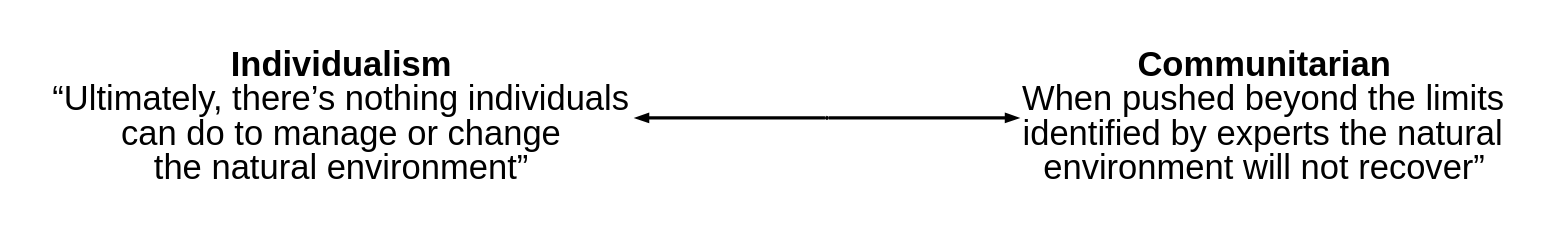
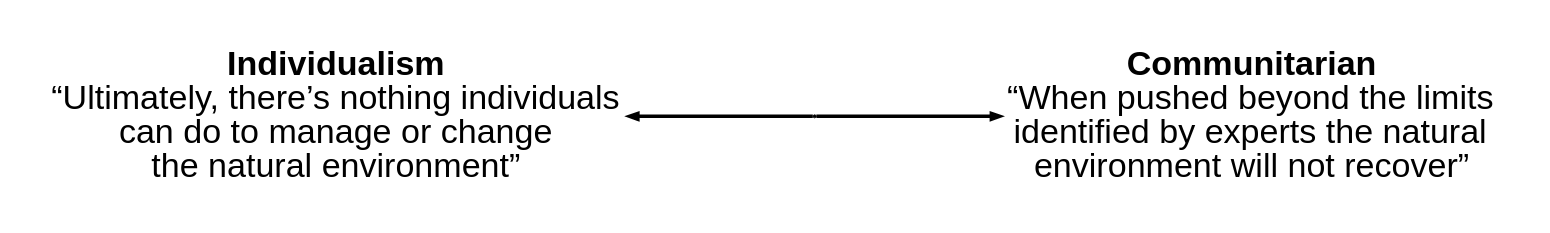
One commit to matt-lab/2023-05-26_rejection-of-science changed the fifth of 8 diagrams in index.qmd. Above: the diagram before and after it, drawn with Graphviz. The commit also changed other lines of this file and 8 other files, not shown here.

Commit message:
Changed climate change figure

````diff
--- a/index.qmd
+++ b/index.qmd
@@ -323,21 +335,21 @@
 ```{dot}
 //| fig-width: 17
 digraph  worldview_environment
 {
   graph [pad=0.6 nodesep="3" size="20,7!"];
 	fontname="Helvetica,Arial,sans-serif"
 	node [fontname="Helvetica,Arial,sans-serif" fontsize=40]
 	edge [fontname="Helvetica,Arial,sans-serif" penwidth=4]
 	layout=dot
 	node [shape=plaintext]
   edge [weight=1000]
 	// Labels
   Individualism[label=<<B>Individualism</B><br/>&ldquo;Ultimately, there’s nothing individuals<br/>can do to manage or change<br/>the natural environment&rdquo;>]
-  Communitarian[label=<<B>Communitarian</B><br/>When pushed beyond the limits<br/>identified by experts the natural<br/>environment will not recover&rdquo;>]
+  Communitarian[label=<<B>Communitarian</B><br/>&ldquo;When pushed beyond the limits<br/>identified by experts the natural<br/>environment will not recover&rdquo;>]
   X[shape=point]
 
 
 	rank=same {X -> Communitarian}
   rank=same {Individualism -> X [dir="back"]}
 }
 ```
````
